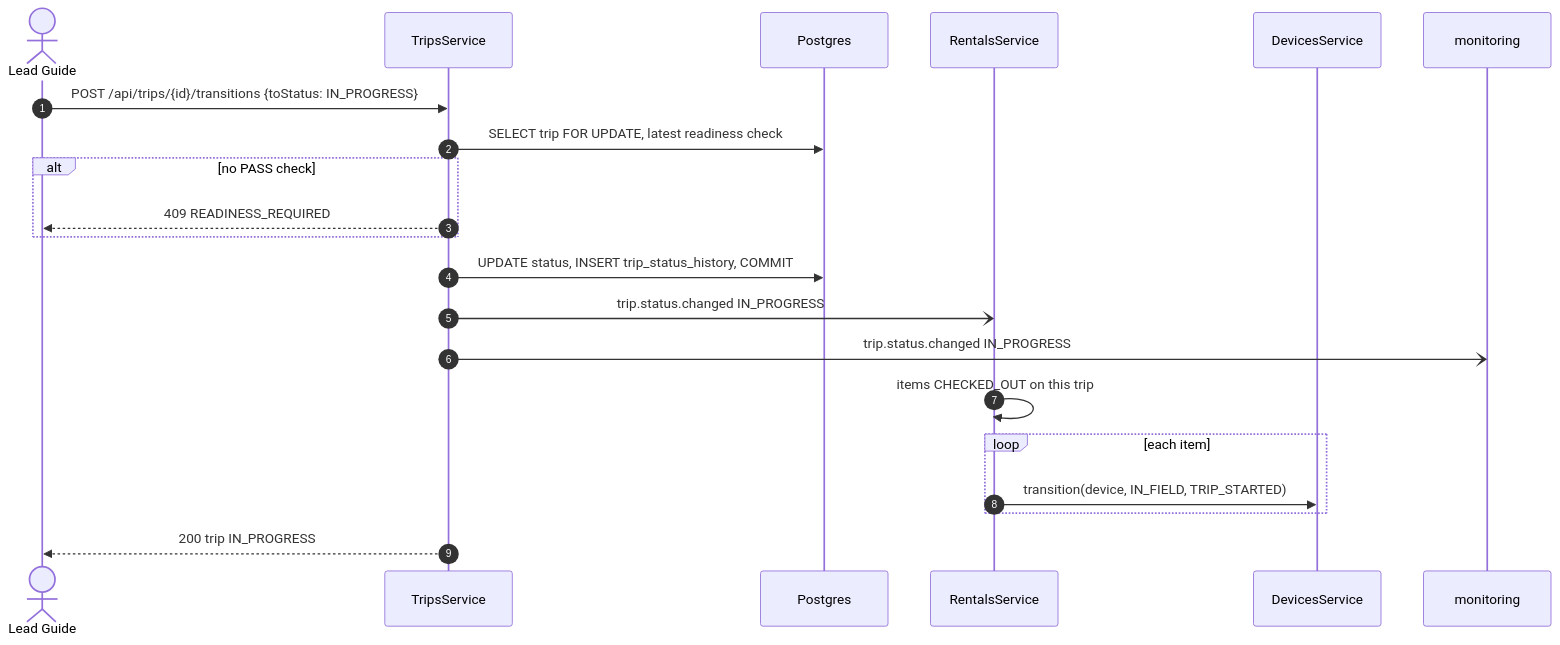
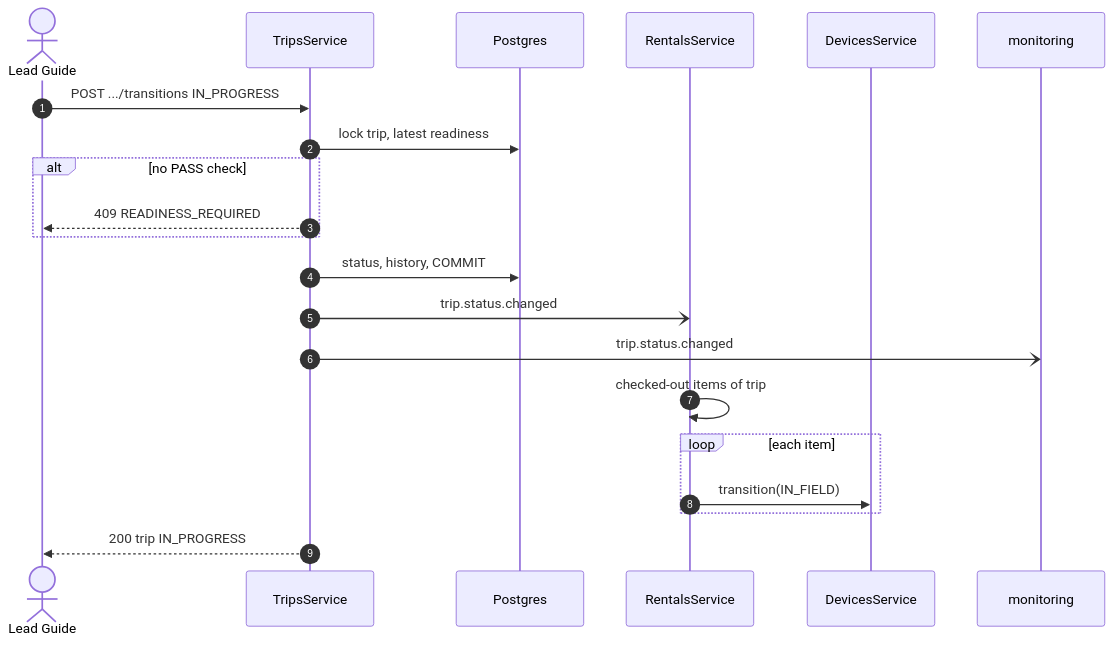
The second of 3 diagrams in specs/trips/design.md (TrekLink-Team/treklink-web), drawn with Mermaid before and after one commit. The commit also changed other lines of this file and 30 other files, not shown here.

First line of the commit message:
docs(rentals): specify bookings, device holds, agreements, check-out and return

````diff
--- a/specs/trips/design.md
+++ b/specs/trips/design.md
@@ -218,23 +218,23 @@
 ```mermaid
 sequenceDiagram
     autonumber
     actor G as Lead Guide
     participant T as TripsService
     participant DB as Postgres
     participant R as RentalsService
     participant D as DevicesService
     participant M as monitoring
-    G->>T: POST /api/trips/{id}/transitions {toStatus: IN_PROGRESS}
-    T->>DB: SELECT trip FOR UPDATE, latest readiness check
+    G->>T: POST .../transitions IN_PROGRESS
+    T->>DB: lock trip, latest readiness
     alt no PASS check
         T-->>G: 409 READINESS_REQUIRED
     end
-    T->>DB: UPDATE status, INSERT trip_status_history, COMMIT
-    T-)R: trip.status.changed IN_PROGRESS
-    T-)M: trip.status.changed IN_PROGRESS
-    R->>R: items CHECKED_OUT on this trip
+    T->>DB: status, history, COMMIT
+    T-)R: trip.status.changed
+    T-)M: trip.status.changed
+    R->>R: checked-out items of trip
     loop each item
-        R->>D: transition(device, IN_FIELD, TRIP_STARTED)
+        R->>D: transition(IN_FIELD)
     end
     T-->>G: 200 trip IN_PROGRESS
 ```
````
